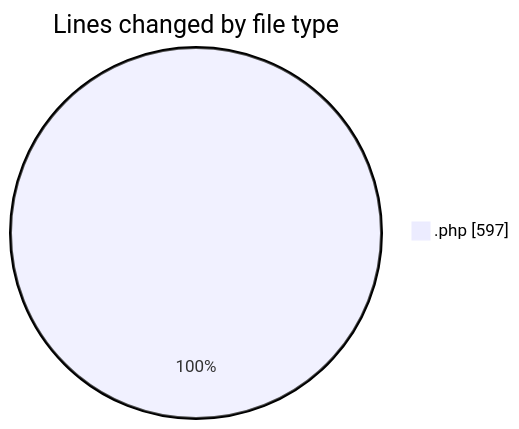
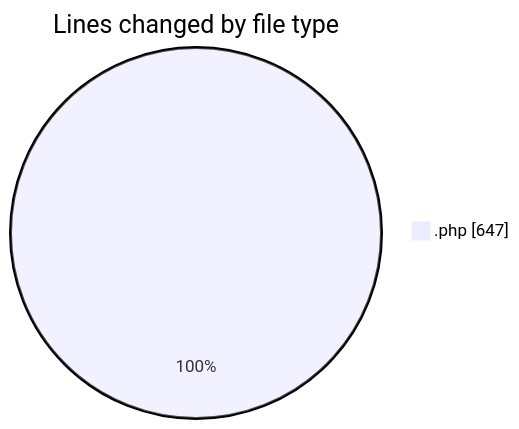
The first of 2 diagrams in 2025-05-28/studio-backend/README.md (idhammustaqopulfikri/code-tracking), drawn with Mermaid before and after one commit. The commit also changed other lines of this file and 1 other file, not shown here.

````diff
--- a/2025-05-28/studio-backend/README.md
+++ b/2025-05-28/studio-backend/README.md
@@ -33,5 +33,5 @@
 ```mermaid
 pie showData
 title Lines changed by file type
-".php" : 597
+".php" : 647
 ```
````
